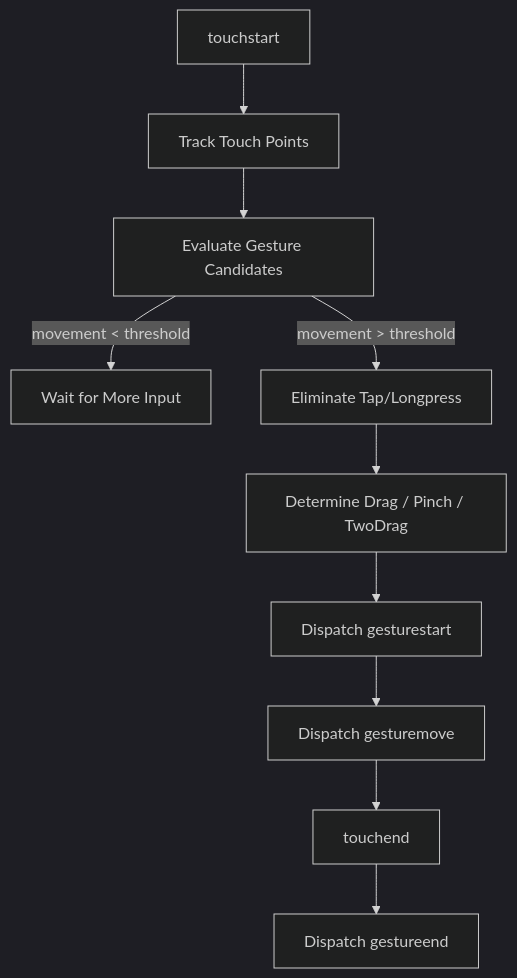
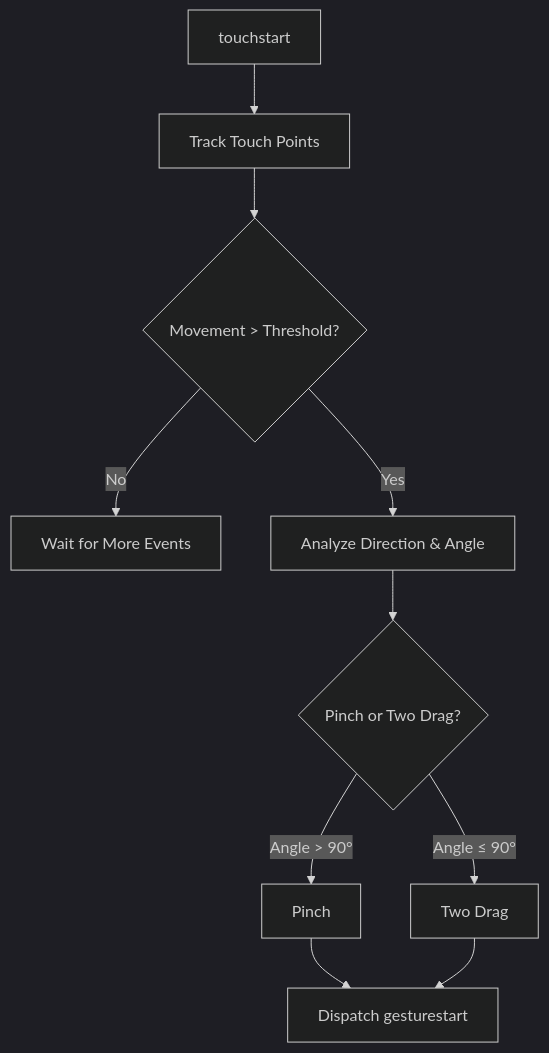
Before and after one commit to Ylianst/MeshCentral: the second of 3 diagrams in docs/reference/architecture/input-handlers/input-handlers.md, drawn with Mermaid (dark theme). The commit also changed other lines of this file and 642 other files, not shown here.

````diff
--- a/docs/reference/architecture/input-handlers/input-handlers.md
+++ b/docs/reference/architecture/input-handlers/input-handlers.md
@@ -100,14 +69,12 @@
 ```mermaid
 flowchart TD
-    TouchStart["touchstart"] --> TrackTouches["Track Touch Points"]
-    TrackTouches --> EvaluateState["Evaluate Gesture Candidates"]
-
-    EvaluateState -->|"movement < threshold"| Wait["Wait for More Input"]
-    EvaluateState -->|"movement > threshold"| EliminateTap["Eliminate Tap/Longpress"]
-
-    EliminateTap --> DetectType["Determine Drag / Pinch / TwoDrag"]
-    DetectType --> GestureStart["Dispatch gesturestart"]
-    GestureStart --> GestureMove["Dispatch gesturemove"]
-    GestureMove --> TouchEnd["touchend"]
-    TouchEnd --> GestureEnd["Dispatch gestureend"]
+    Start["touchstart"] --> Track["Track Touch Points"]
+    Track --> MoveCheck{"Movement &gt; Threshold?"}
+    MoveCheck -->|No| Wait["Wait for More Events"]
+    MoveCheck -->|Yes| Analyze["Analyze Direction & Angle"]
+    Analyze --> Decide{"Pinch or Two Drag?"}
+    Decide -->|Angle &gt; 90°| Pinch["Pinch"]
+    Decide -->|Angle ≤ 90°| TwoDrag["Two Drag"]
+    Pinch --> EmitStart["Dispatch gesturestart"]
+    TwoDrag --> EmitStart
 ```
````
